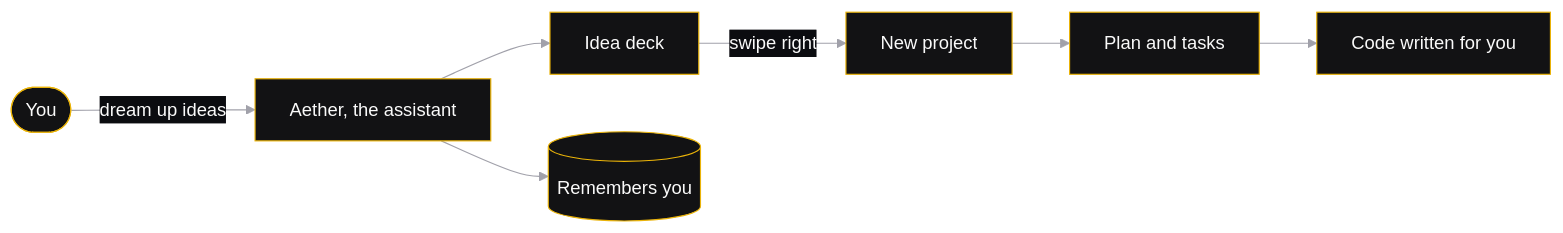
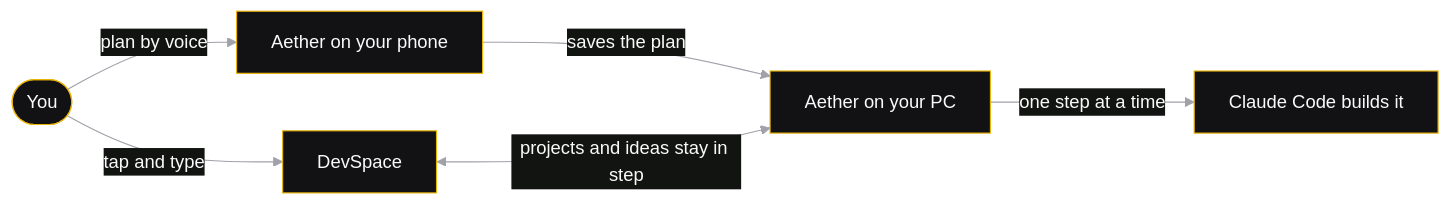
Before and after one commit to F0rger123/devspace: the diagram in README.md, drawn with Mermaid. The commit also changed other lines of this file and 265 other files, not shown here.

First line of the commit message:
DevSpace v2: mobile-first rebuild

````diff
--- a/README.md
+++ b/README.md
@@ -72,10 +39,9 @@
 ```mermaid
-%%{init: {'theme':'base','themeVariables':{'primaryColor':'#121214','primaryTextColor':'#fafafa','primaryBorderColor':'#eab308','lineColor':'#a1a1aa','secondaryColor':'#0b0c10','tertiaryColor':'#1c1c1f','clusterBkg':'transparent','clusterBorder':'#eab308','noteBkgColor':'#0b0c10','noteTextColor':'#fafafa','actorBkg':'#121214','actorTextColor':'#fafafa','actorBorder':'#eab308','signalColor':'#a1a1aa','signalTextColor':'#a1a1aa','labelBoxBkgColor':'#121214','fontFamily':'inherit'}}}%%
+%%{init: {'theme':'base','themeVariables':{'primaryColor':'#121214','primaryTextColor':'#fafafa','primaryBorderColor':'#eab308','lineColor':'#a1a1aa','fontFamily':'inherit'}}}%%
 flowchart LR
-    You(["You"]) -->|dream up ideas| Aether["Aether, the assistant"]
-    Aether --> Ideas["Idea deck"]
-    Ideas -->|swipe right| Project["New project"]
-    Project --> Steps["Plan and tasks"]
-    Steps --> Code["Code written for you"]
-    Aether --> Mem[("Remembers you")]
+    You(["You"]) -->|"plan by voice"| Aether["Aether on your phone"]
+    Aether -->|"saves the plan"| PC["Aether on your PC"]
+    You -->|"tap and type"| DS["DevSpace"]
+    DS <-->|"projects and ideas stay in step"| PC
+    PC -->|"one step at a time"| Claude["Claude Code builds it"]
 ```
````
